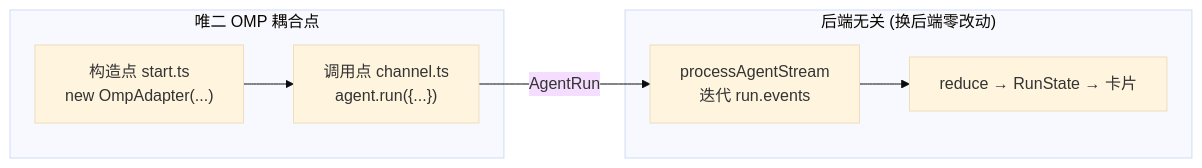
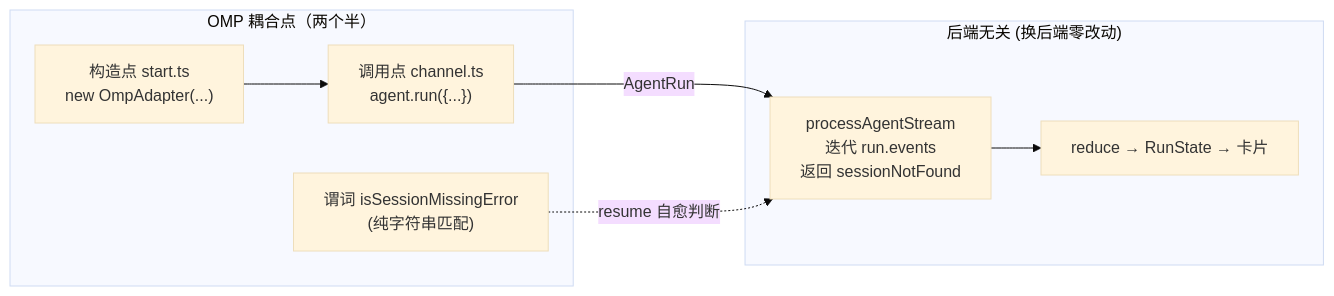
Before and after one commit to sorphwer/feishu-omp-bridge: the second of 4 diagrams in how-it-works/01-overview-and-architecture.md, drawn with Mermaid (base theme). The commit also changed other lines of this file and 12 other files, not shown here.

````diff
--- a/how-it-works/01-overview-and-architecture.md
+++ b/how-it-works/01-overview-and-architecture.md
@@ -43,14 +44,16 @@
 ```mermaid
 flowchart LR
-  subgraph SEAM["唯二 OMP 耦合点"]
+  subgraph SEAM["OMP 耦合点（两个半）"]
     CTOR["构造点 start.ts<br/>new OmpAdapter(...)"]
     CALL["调用点 channel.ts<br/>agent.run({...})"]
+    PRED["谓词 isSessionMissingError<br/>(纯字符串匹配)"]
   end
   subgraph AGN["后端无关 (换后端零改动)"]
-    PS["processAgentStream<br/>迭代 run.events"]
+    PS["processAgentStream<br/>迭代 run.events<br/>返回 sessionNotFound"]
     RED["reduce → RunState → 卡片"]
   end
   CTOR --> CALL
   CALL -->|"AgentRun"| PS
+  PRED -.->|"resume 自愈判断"| PS
   PS --> RED
 ```
````
